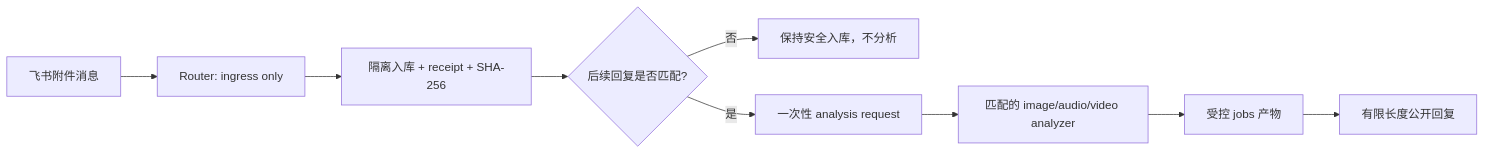
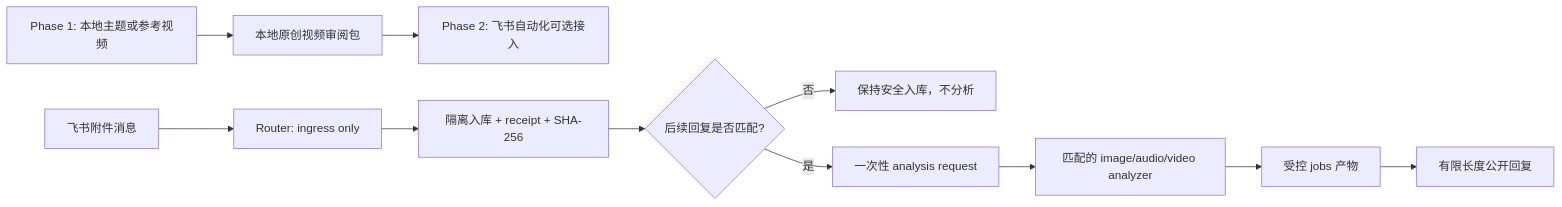
The diagram in README.md (Jovifei/OpenClaw_VideoFactory), drawn with Mermaid before and after one commit. The commit also changed other lines of this file and 89 other files, not shown here.

````diff
--- a/README.md
+++ b/README.md
@@ -65,11 +75,13 @@
 ```mermaid
 flowchart LR
+    A0[Phase 1: 本地主题或参考视频] --> A1[本地原创视频审阅包]
+    A1 --> A2[Phase 2: 飞书自动化可选接入]
     A[飞书附件消息] --> B[Router: ingress only]
     B --> C[隔离入库 + receipt + SHA-256]
     C --> D{后续回复是否匹配?}
     D -- 否 --> E[保持安全入库，不分析]
     D -- 是 --> F[一次性 analysis request]
     F --> G[匹配的 image/audio/video analyzer]
     G --> H[受控 jobs 产物]
     H --> I[有限长度公开回复]
 ```
````
